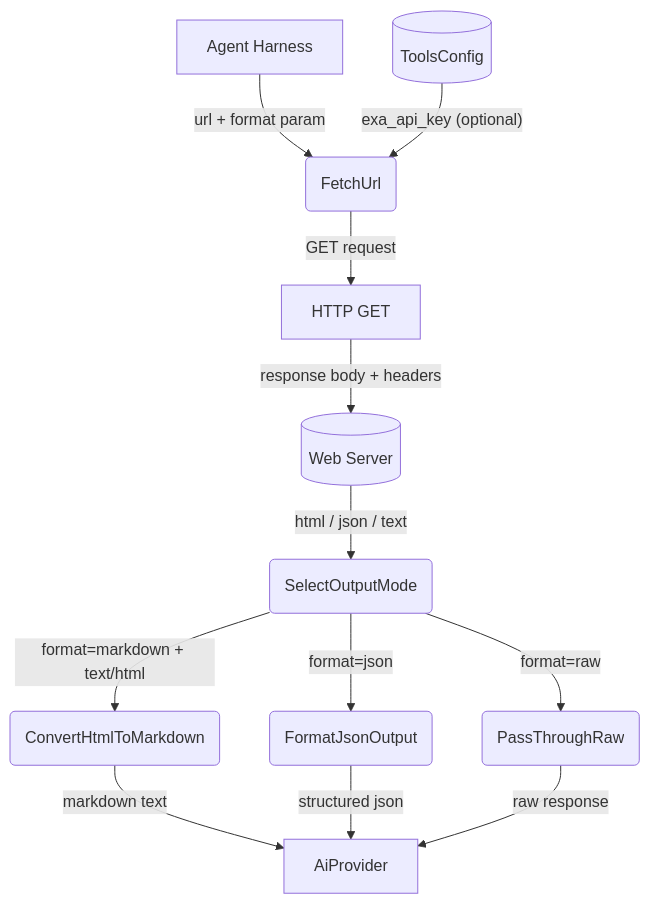
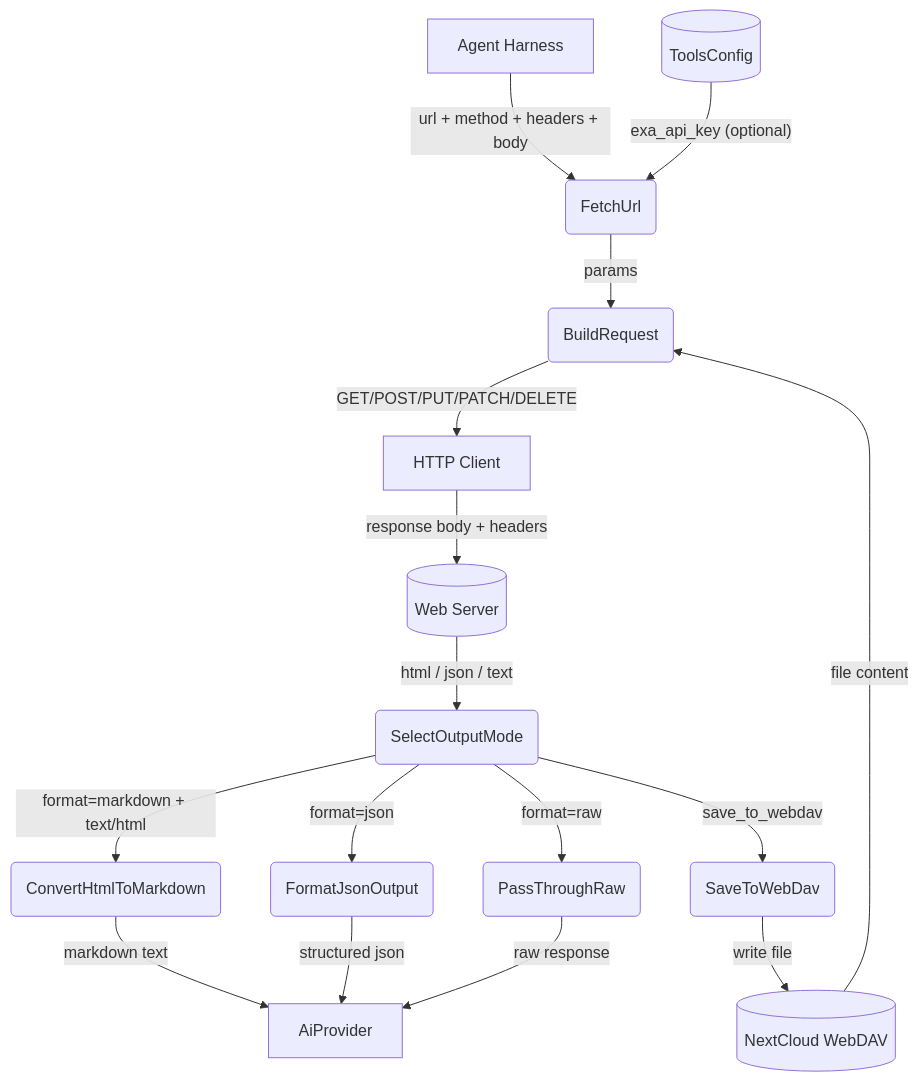
Before and after one commit to cosmoswafer/rockbot: the first of 3 diagrams in _dfds/tools/web-fetch.md, drawn with Mermaid. The commit also changed other lines of this file and 11 other files, not shown here.

Commit message:
fix: deep DFD review — gaps resolved in web_fetch, datetime, deepseek, and rocketchat DDP/REST

````diff
--- a/_dfds/tools/web-fetch.md
+++ b/_dfds/tools/web-fetch.md
@@ -23,25 +36,32 @@
 ```mermaid
 flowchart TD
     AGENT[Agent Harness]
     CFG[(ToolsConfig)]
     FETCH(FetchUrl)
-    HTTP[HTTP GET]
+    BUILD_REQ(BuildRequest)
+    HTTP[HTTP Client]
     SERVER[(Web Server)]
+    DAV[(NextCloud WebDAV)]
     MODE(SelectOutputMode)
     MD_CONV(ConvertHtmlToMarkdown)
     JSON_FMT(FormatJsonOutput)
     RAW_OUT(PassThroughRaw)
+    SAVE_DAV(SaveToWebDav)
     AI[AiProvider]
 
-    AGENT -->|"url + format param"| FETCH
+    AGENT -->|"url + method + headers + body"| FETCH
     CFG -->|"exa_api_key (optional)"| FETCH
-    FETCH -->|"GET request"| HTTP
+    FETCH -->|"params"| BUILD_REQ
+    DAV -->|"file content"| BUILD_REQ
+    BUILD_REQ -->|"GET/POST/PUT/PATCH/DELETE"| HTTP
     HTTP -->|"response body + headers"| SERVER
     SERVER -->|"html / json / text"| MODE
     MODE -->|"format=markdown + text/html"| MD_CONV
     MODE -->|"format=json"| JSON_FMT
     MODE -->|"format=raw"| RAW_OUT
+    MODE -->|"save_to_webdav"| SAVE_DAV
+    SAVE_DAV -->|"write file"| DAV
     MD_CONV -->|"markdown text"| AI
     JSON_FMT -->|"structured json"| AI
     RAW_OUT -->|"raw response"| AI
 ```
````
